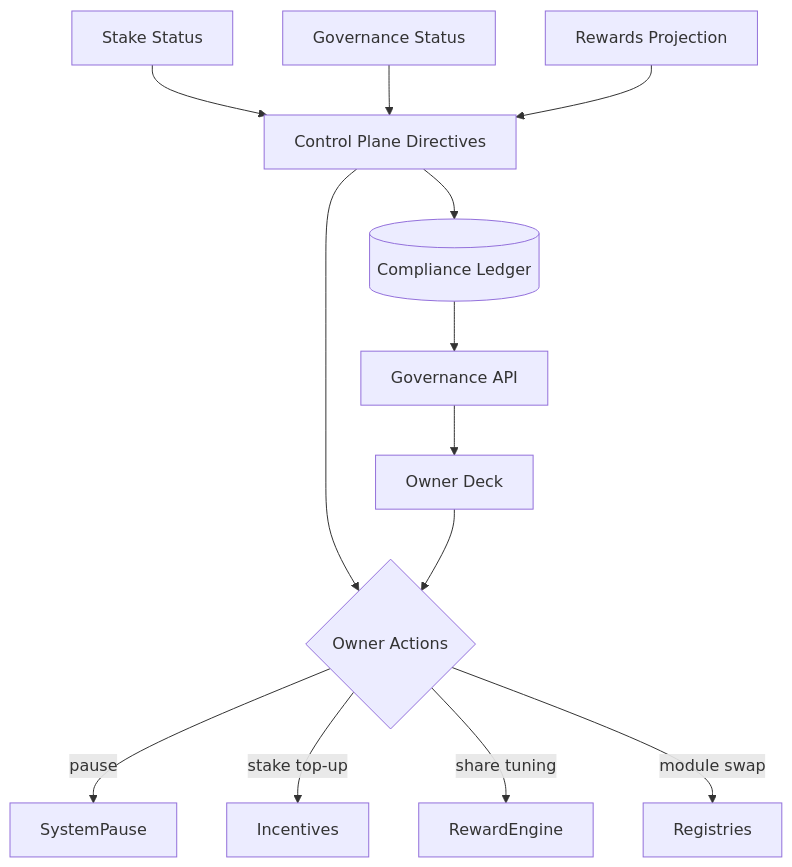
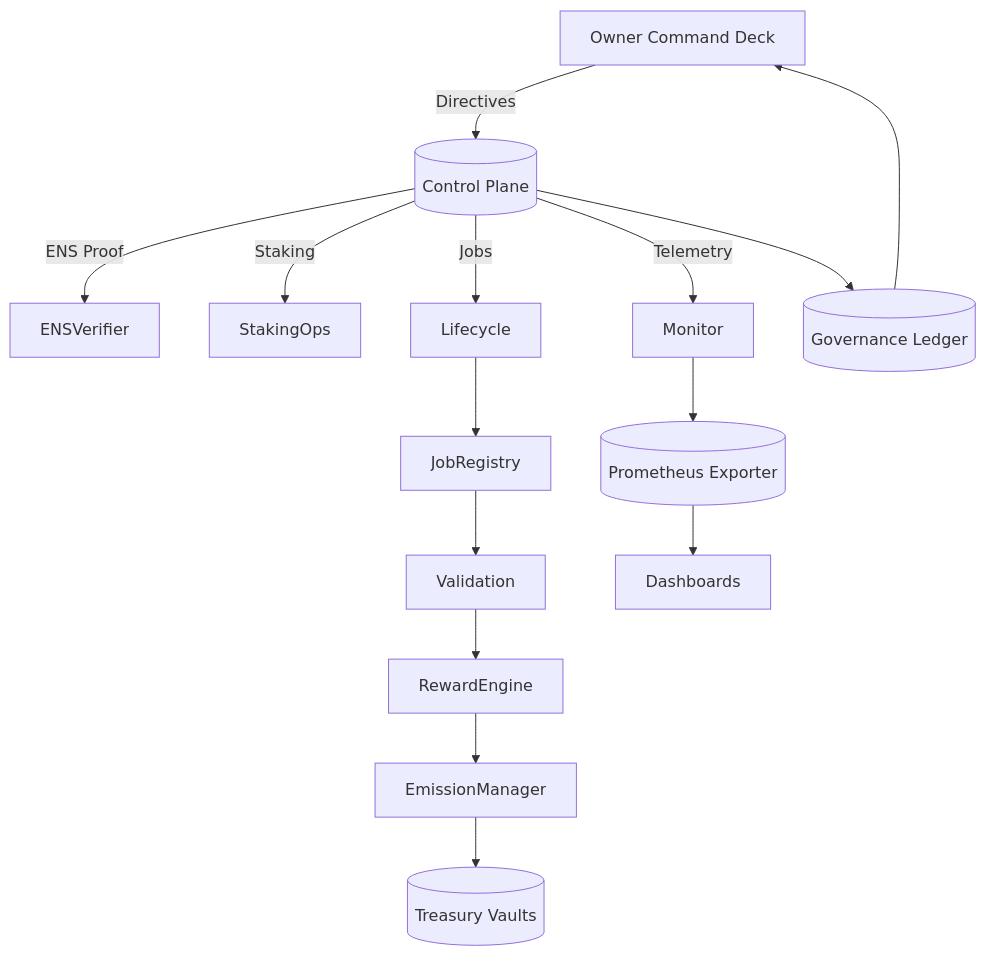
One commit to MontrealAI/AGI-Alpha-Node-v0 changed the first of 4 diagrams in README.md. Above: the diagram before and after it, drawn with Mermaid. The commit also changed other lines of this file and 3 other files, not shown here.

Commit message:
Add emission governance builders and refresh documentation

````diff
--- a/README.md
+++ b/README.md
@@ -380,15 +93,17 @@
 ```mermaid
 flowchart TD
-  Stake[Stake Status] --> Control[Control Plane Directives]
-  Governance[Governance Status] --> Control
-  Rewards[Rewards Projection] --> Control
-  Control --> Actions{Owner Actions}
-  Actions -->|pause| SystemPause
-  Actions -->|stake top-up| Incentives
-  Actions -->|share tuning| RewardEngine
-  Actions -->|module swap| Registries
-  Control --> Ledger[(Compliance Ledger)]
-  Ledger --> API[Governance API]
-  API --> OwnerDeck[Owner Deck]
-  OwnerDeck --> Actions
+  OwnerDeck["Owner Command Deck"] -->|Directives| ControlPlane[(Control Plane)]
+  ControlPlane -->|ENS Proof| ENSVerifier
+  ControlPlane -->|Staking| StakingOps
+  ControlPlane -->|Jobs| Lifecycle
+  ControlPlane -->|Telemetry| Monitor
+  Lifecycle --> JobRegistry
+  JobRegistry --> Validation
+  Validation --> RewardEngine
+  RewardEngine --> EmissionManager
+  EmissionManager --> Treasury[(Treasury Vaults)]
+  Monitor --> Prometheus[(Prometheus Exporter)]
+  Prometheus --> Dashboards
+  ControlPlane --> Ledger[(Governance Ledger)]
+  Ledger --> OwnerDeck
 ```
````
